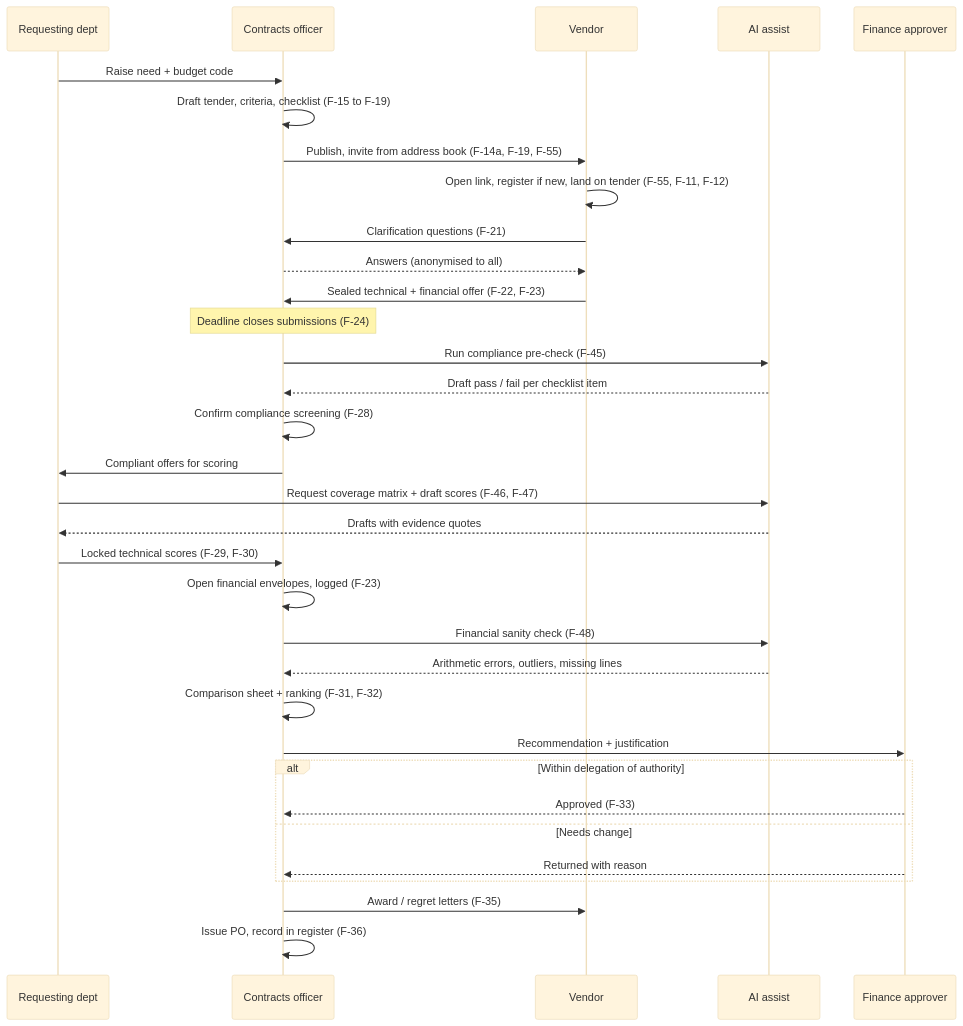
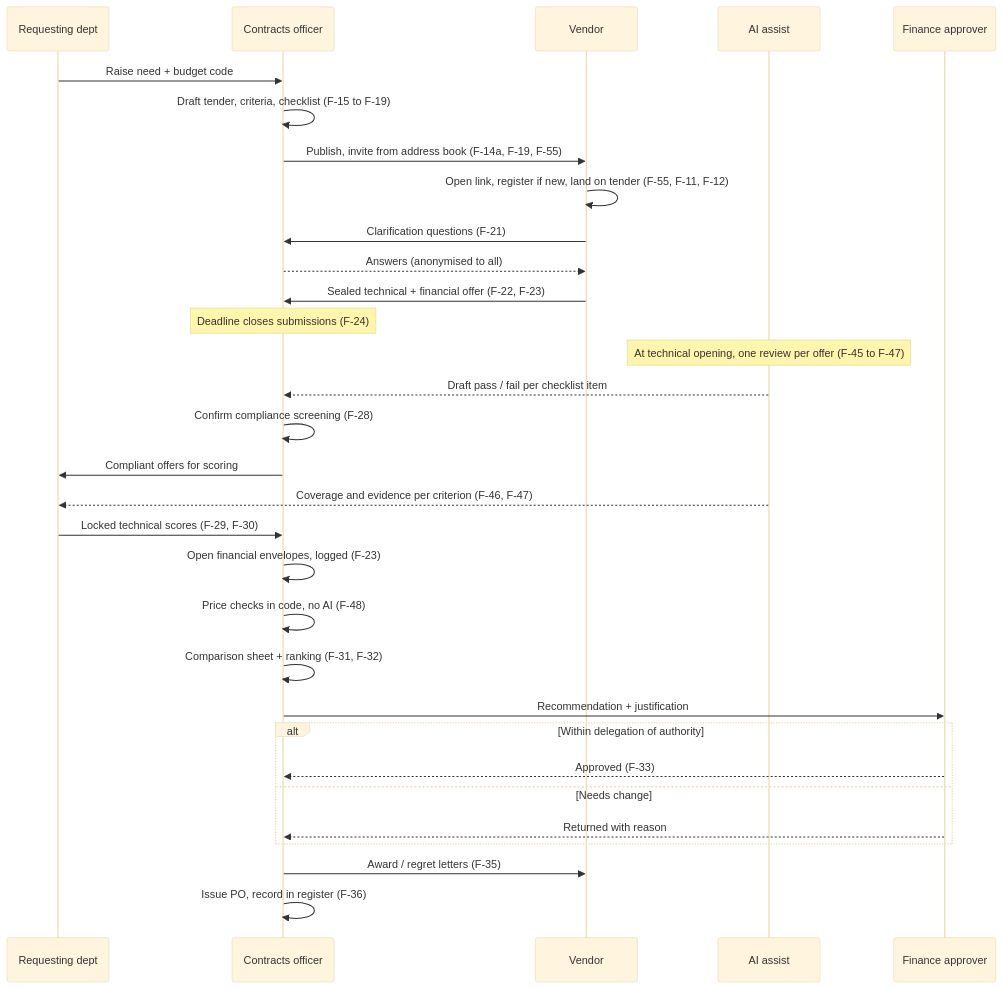
The second of 13 diagrams in docs/03-diagrams.md (AhmedAssaf/ERP), drawn with Mermaid (base theme) before and after one commit. The commit also changed other lines of this file and 7 other files, not shown here.

Commit message:
AI offer review design spec (F-45 to F-50) and ADR-0005; docs aligned: PDFs to Claude Sonnet, one review per offer, tenant consent

````diff
--- a/docs/03-diagrams.md
+++ b/docs/03-diagrams.md
@@ -55,36 +55,34 @@
 ```mermaid
 sequenceDiagram
     participant RD as Requesting dept
     participant CO as Contracts officer
     participant V as Vendor
     participant AI as AI assist
     participant FA as Finance approver
 
     RD->>CO: Raise need + budget code
     CO->>CO: Draft tender, criteria, checklist (F-15 to F-19)
     CO->>V: Publish, invite from address book (F-14a, F-19, F-55)
     V->>V: Open link, register if new, land on tender (F-55, F-11, F-12)
     V->>CO: Clarification questions (F-21)
     CO-->>V: Answers (anonymised to all)
     V->>CO: Sealed technical + financial offer (F-22, F-23)
     Note over CO: Deadline closes submissions (F-24)
-    CO->>AI: Run compliance pre-check (F-45)
+    Note over AI: At technical opening, one review per offer (F-45 to F-47)
     AI-->>CO: Draft pass / fail per checklist item
     CO->>CO: Confirm compliance screening (F-28)
     CO->>RD: Compliant offers for scoring
-    RD->>AI: Request coverage matrix + draft scores (F-46, F-47)
-    AI-->>RD: Drafts with evidence quotes
+    AI-->>RD: Coverage and evidence per criterion (F-46, F-47)
     RD->>CO: Locked technical scores (F-29, F-30)
     CO->>CO: Open financial envelopes, logged (F-23)
-    CO->>AI: Financial sanity check (F-48)
-    AI-->>CO: Arithmetic errors, outliers, missing lines
+    CO->>CO: Price checks in code, no AI (F-48)
     CO->>CO: Comparison sheet + ranking (F-31, F-32)
     CO->>FA: Recommendation + justification
     alt Within delegation of authority
         FA-->>CO: Approved (F-33)
     else Needs change
         FA-->>CO: Returned with reason
     end
     CO->>V: Award / regret letters (F-35)
     CO->>CO: Issue PO, record in register (F-36)
 ```
````
